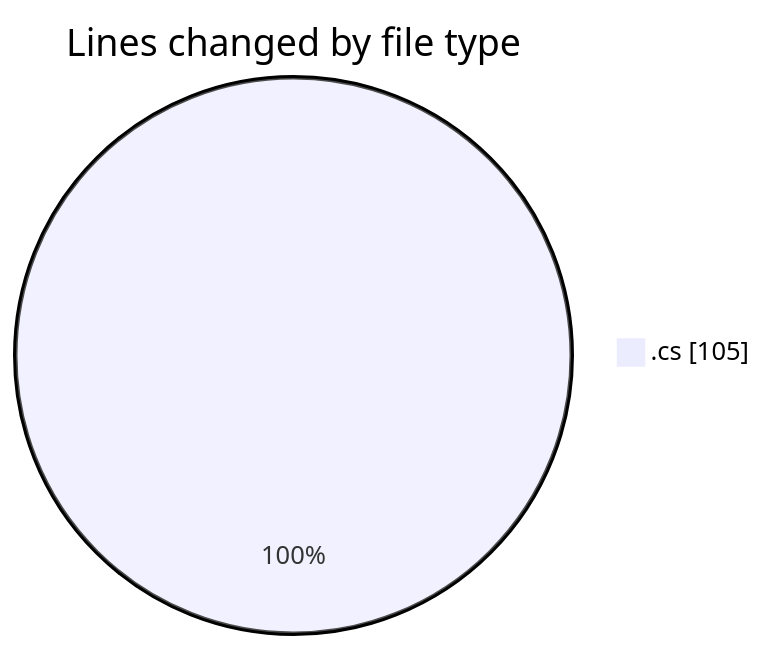
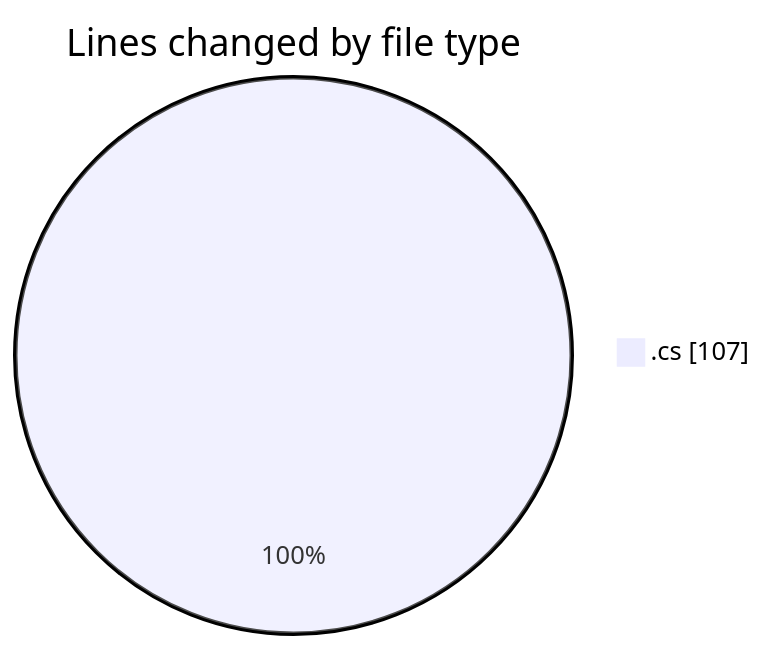
The first of 2 diagrams in 2025-04-04/front-end/README.md (Netris89/code-tracking), drawn with Mermaid before and after one commit. The commit also changed other lines of this file and 1 other file, not shown here.

````diff
--- a/2025-04-04/front-end/README.md
+++ b/2025-04-04/front-end/README.md
@@ -21,5 +21,5 @@
 ```mermaid
 pie showData
 title Lines changed by file type
-".cs" : 105
+".cs" : 107
 ```
````
